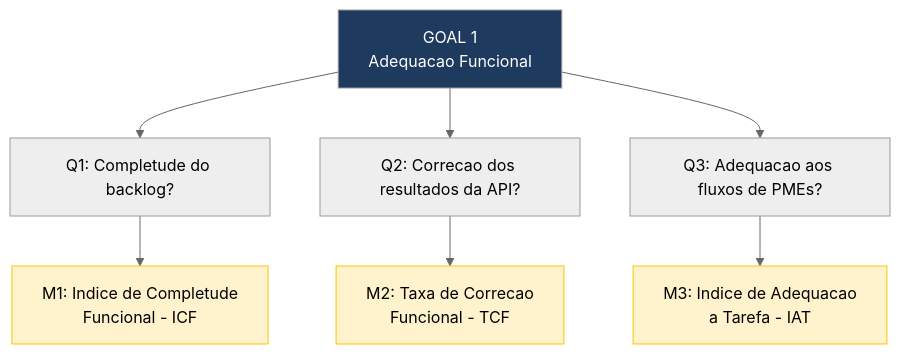
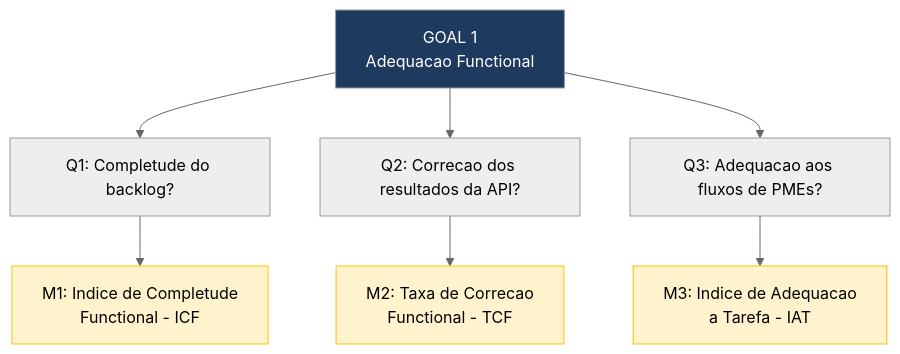
The diagram in docs/fase2/adequacao_funcional.md (FCTE-Qualidade-de-Software-1/2026-1_T01_FRANS_BILAS), drawn with Mermaid (neutral theme) before and after one commit. The commit also changed other lines of this file and 27 other files, not shown here.

````diff
--- a/docs/fase2/adequacao_funcional.md
+++ b/docs/fase2/adequacao_funcional.md
@@ -23,15 +23,15 @@
 ```mermaid
 graph TD
-    G1["GOAL 1<br>Adequacao Funcional"]
+    G1["GOAL 1<br>Adequacao Functional"]
     G1 --> Q1["Q1: Completude do backlog?"]
     G1 --> Q2["Q2: Correcao dos resultados da API?"]
     G1 --> Q3["Q3: Adequacao aos fluxos de PMEs?"]
-    Q1 --> M1["M1: Indice de Completude<br>Funcional - ICF"]
-    Q2 --> M2["M2: Taxa de Correcao<br>Funcional - TCF"]
+    Q1 --> M1["M1: Indice de Completude<br>Functional - ICF"]
+    Q2 --> M2["M2: Taxa de Correcao<br>Functional - TCF"]
     Q3 --> M3["M3: Indice de Adequacao<br>a Tarefa - IAT"]
 
     style G1 fill:#1E3A5F,color:#fff
     style M1 fill:#fff3cd,stroke:#ffc107
     style M2 fill:#fff3cd,stroke:#ffc107
     style M3 fill:#fff3cd,stroke:#ffc107
 ```
````
